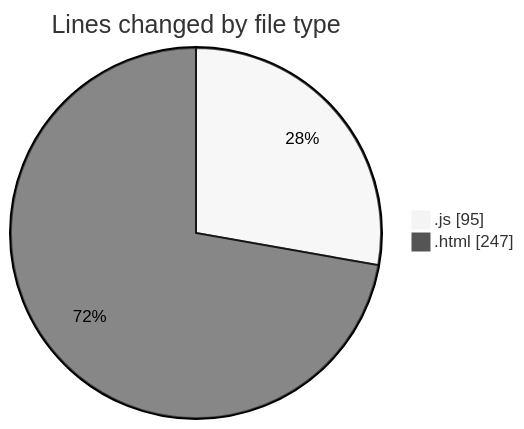
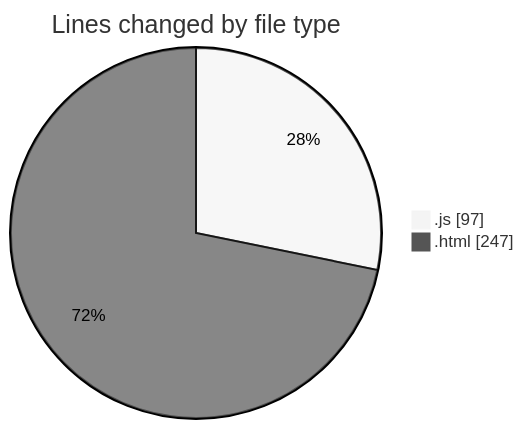
Before and after one commit to Ritupan-Deka/code-tracking: the first of 2 diagrams in 2025-08-15/javascript/README.md, drawn with Mermaid (neutral theme). The commit also changed other lines of this file and 1 other file, not shown here.

````diff
--- a/2025-08-15/javascript/README.md
+++ b/2025-08-15/javascript/README.md
@@ -22,6 +22,6 @@
 ```mermaid
 pie showData
 title Lines changed by file type
-".js" : 95
+".js" : 97
 ".html" : 247
 ```
````
